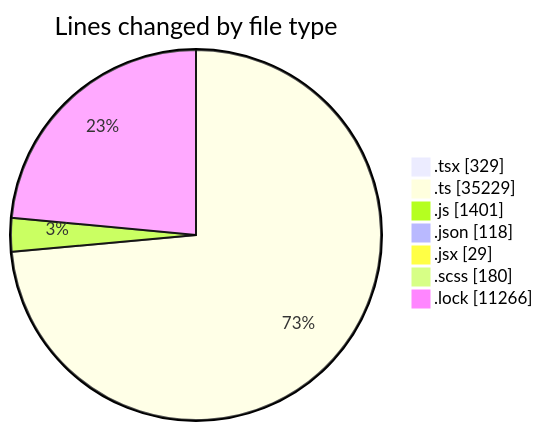
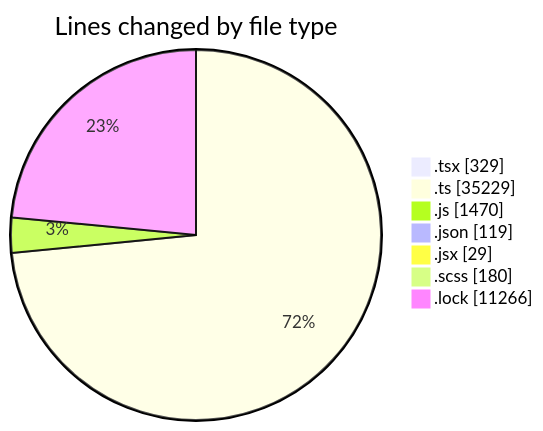
The first of 2 diagrams in 2025-12-17/cda/README.md (momahboobian/code-tracking), drawn with Mermaid before and after one commit. The commit also changed other lines of this file and 1 other file, not shown here.

````diff
--- a/2025-12-17/cda/README.md
+++ b/2025-12-17/cda/README.md
@@ -53,11 +53,11 @@
 ```mermaid
 pie showData
 title Lines changed by file type
 ".tsx" : 329
 ".ts" : 35229
-".js" : 1401
-".json" : 118
+".js" : 1470
+".json" : 119
 ".jsx" : 29
 ".scss" : 180
 ".lock" : 11266
 ```
````
